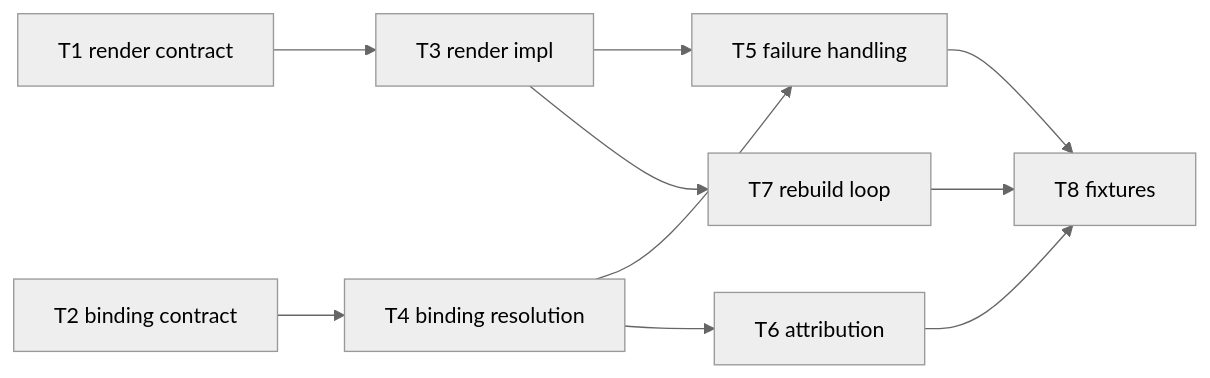
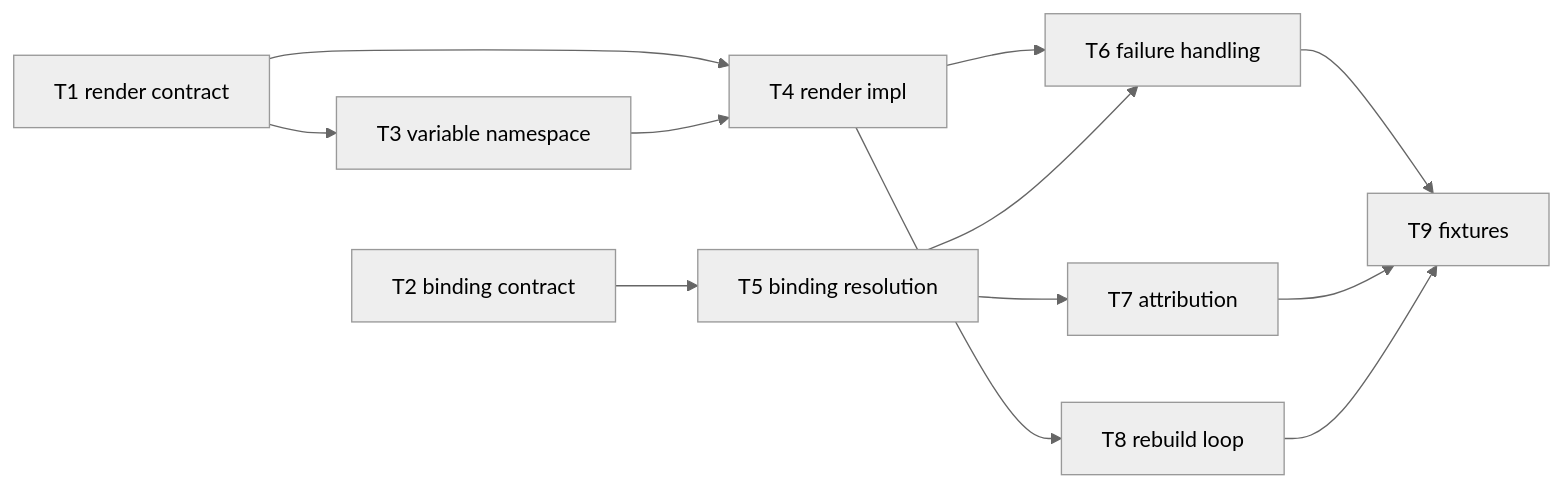
The diagram in architectures/v4/plan-faithful/C09-prompt-template-binding.md (lago-morph/software-factory), drawn with Mermaid (neutral theme) before and after one commit. The commit also changed other lines of this file and 3 other files, not shown here.

````diff
--- a/architectures/v4/plan-faithful/C09-prompt-template-binding.md
+++ b/architectures/v4/plan-faithful/C09-prompt-template-binding.md
@@ -28,12 +31,14 @@
 ```mermaid
 flowchart LR
-    T1[T1 render contract] --> T3[T3 render impl]
-    T2[T2 binding contract] --> T4[T4 binding resolution]
-    T3 --> T5[T5 failure handling]
-    T4 --> T5
-    T4 --> T6[T6 attribution]
-    T3 --> T7[T7 rebuild loop]
-    T5 --> T8[T8 fixtures]
-    T6 --> T8
-    T7 --> T8
+    T1[T1 render contract] --> T4[T4 render impl]
+    T1 --> T3[T3 variable namespace]
+    T2[T2 binding contract] --> T5[T5 binding resolution]
+    T3 --> T4
+    T4 --> T6[T6 failure handling]
+    T5 --> T6
+    T5 --> T7[T7 attribution]
+    T4 --> T8[T8 rebuild loop]
+    T6 --> T9[T9 fixtures]
+    T7 --> T9
+    T8 --> T9
 ```
````
